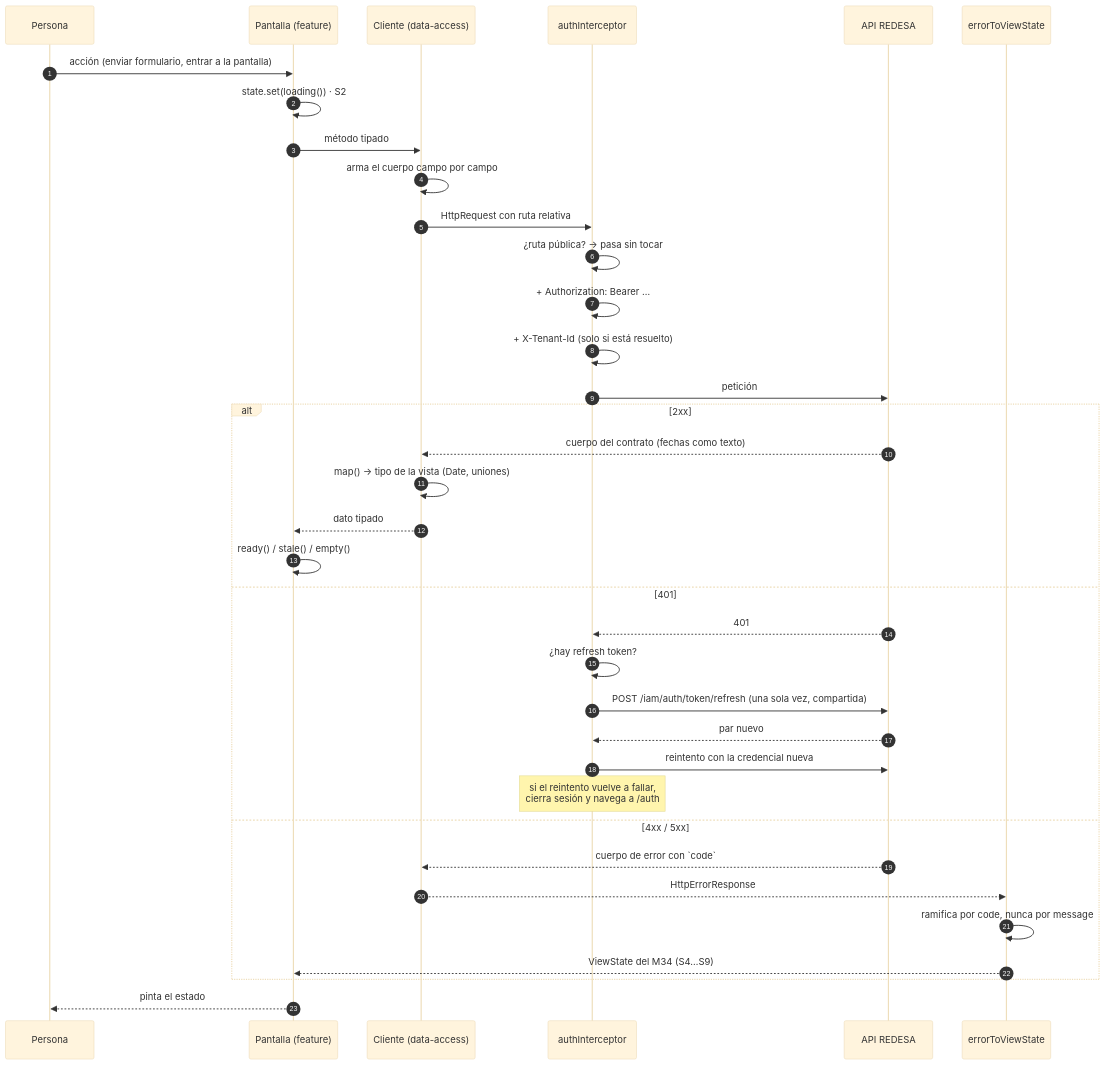
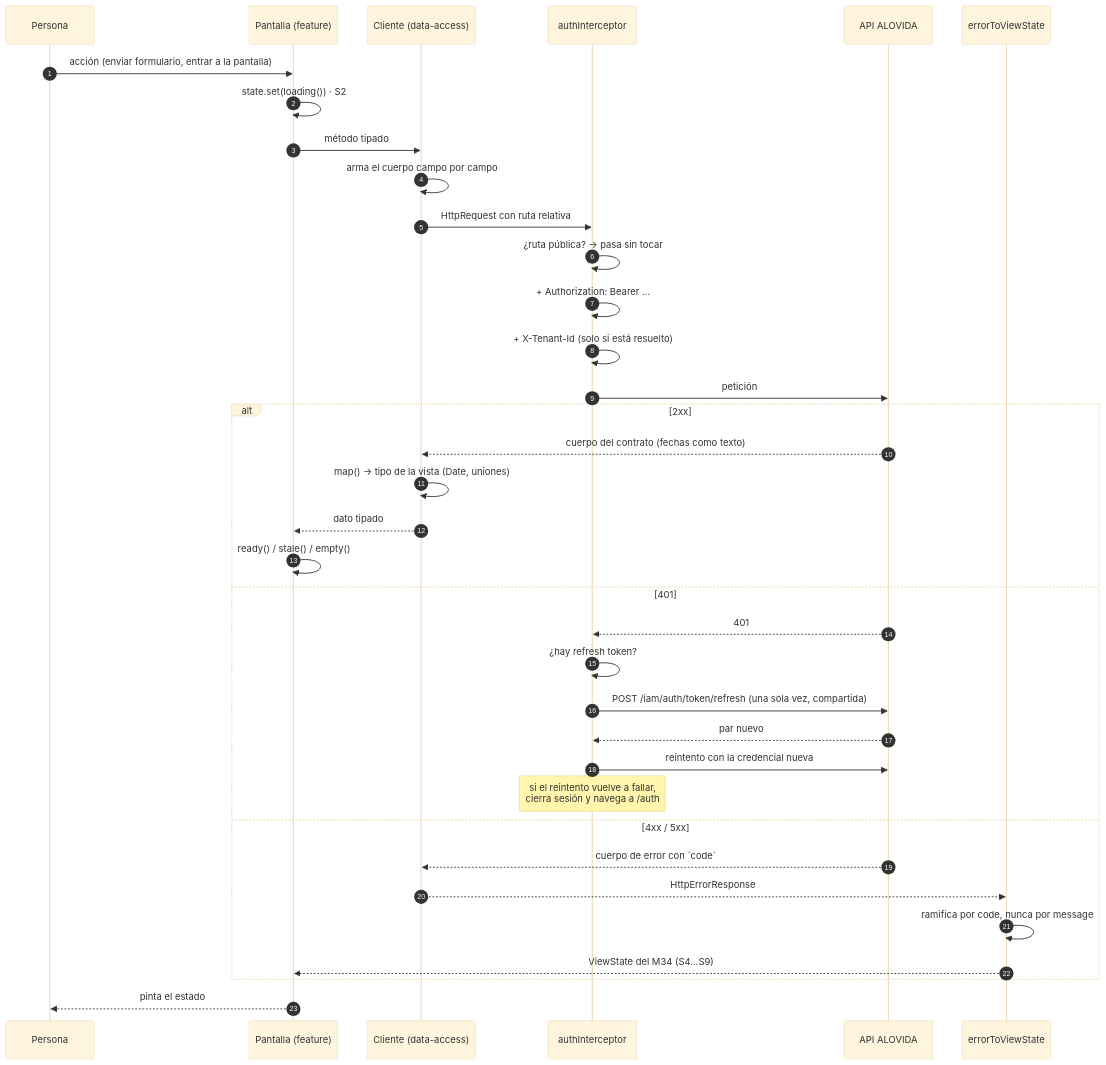
One commit to mdavila-2001/mantra-core-health changed the first of 2 diagrams in docs/architecture/data-flow.md. Above: the diagram before and after it, drawn with Mermaid (base theme). The commit also changed 620 other files, not shown here.

First line of the commit message:
refactor(marca): fuera REDESA, VITARA y REDSAT — el nombre es ALOVIDA

````diff
--- a/docs/architecture/data-flow.md
+++ b/docs/architecture/data-flow.md
@@ -10,41 +10,41 @@
 ```mermaid
 sequenceDiagram
   autonumber
   participant U as Persona
   participant P as Pantalla (feature)
   participant C as Cliente (data-access)
   participant I as authInterceptor
-  participant A as API REDESA
+  participant A as API ALOVIDA
   participant E as errorToViewState
 
   U->>P: acción (enviar formulario, entrar a la pantalla)
   P->>P: state.set(loading())            · S2
   P->>C: método tipado
   C->>C: arma el cuerpo campo por campo
   C->>I: HttpRequest con ruta relativa
   I->>I: ¿ruta pública? → pasa sin tocar
   I->>I: + Authorization: Bearer …
   I->>I: + X-Tenant-Id (solo si está resuelto)
   I->>A: petición
 
   alt 2xx
     A-->>C: cuerpo del contrato (fechas como texto)
     C->>C: map() → tipo de la vista (Date, uniones)
     C-->>P: dato tipado
     P->>P: ready() / stale() / empty()
   else 401
     A-->>I: 401
     I->>I: ¿hay refresh token?
     I->>A: POST /iam/auth/token/refresh (una sola vez, compartida)
     A-->>I: par nuevo
     I->>A: reintento con la credencial nueva
     Note over I: si el reintento vuelve a fallar,<br/>cierra sesión y navega a /auth
   else 4xx / 5xx
     A-->>C: cuerpo de error con `code`
     C-->>E: HttpErrorResponse
     E->>E: ramifica por code, nunca por message
     E-->>P: ViewState del M34 (S4…S9)
   end
 
   P-->>U: pinta el estado
 ```
````
